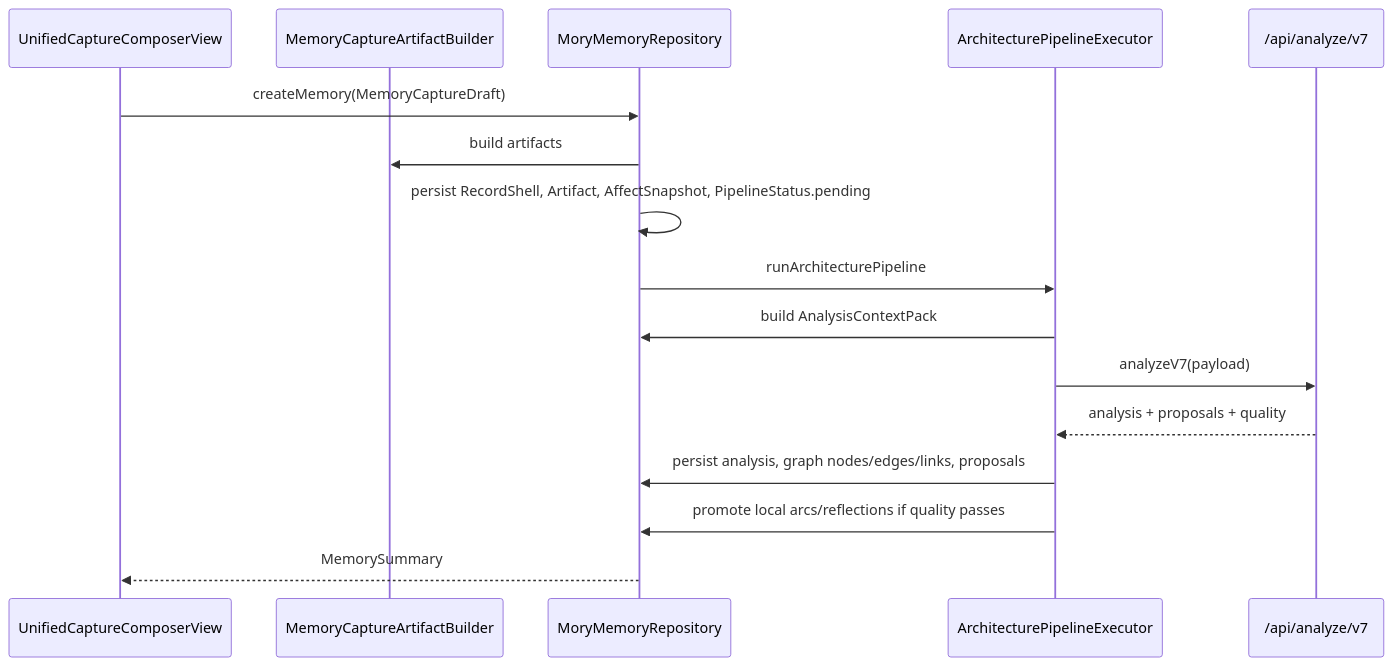
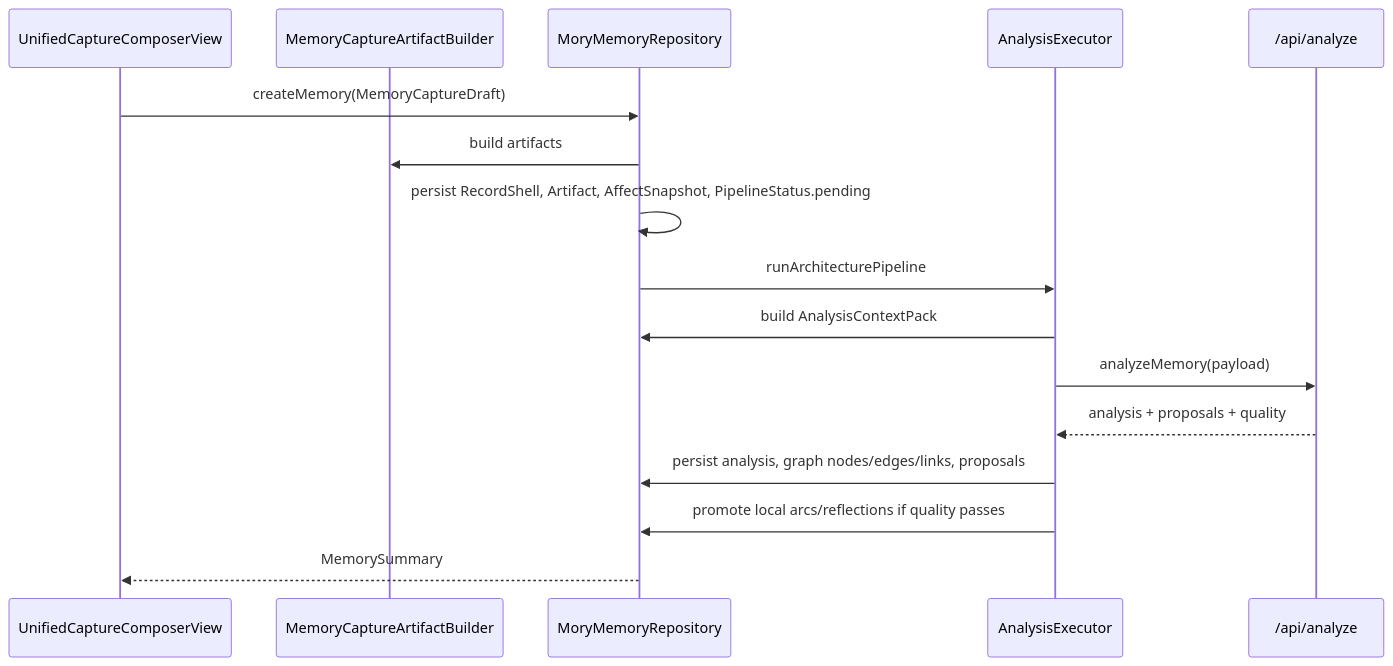
One commit to daaihang/sprout changed the third of 8 diagrams in docs/mory_architecture_handbook_2026_05/01_system_overview_and_runtime_flows.md. Above: the diagram before and after it, drawn with Mermaid. The commit also changed other lines of this file and 61 other files, not shown here.

````diff
--- a/docs/mory_architecture_handbook_2026_05/01_system_overview_and_runtime_flows.md
+++ b/docs/mory_architecture_handbook_2026_05/01_system_overview_and_runtime_flows.md
@@ -74,19 +74,19 @@
 ```mermaid
 sequenceDiagram
     participant UI as UnifiedCaptureComposerView
     participant Builder as MemoryCaptureArtifactBuilder
     participant Repo as MoryMemoryRepository
-    participant Pipe as ArchitecturePipelineExecutor
-    participant Server as /api/analyze/v7
+    participant Pipe as AnalysisExecutor
+    participant Server as /api/analyze
 
     UI->>Repo: createMemory(MemoryCaptureDraft)
     Repo->>Builder: build artifacts
     Repo->>Repo: persist RecordShell, Artifact, AffectSnapshot, PipelineStatus.pending
     Repo->>Pipe: runArchitecturePipeline
     Pipe->>Repo: build AnalysisContextPack
-    Pipe->>Server: analyzeV7(payload)
+    Pipe->>Server: analyzeMemory(payload)
     Server-->>Pipe: analysis + proposals + quality
     Pipe->>Repo: persist analysis, graph nodes/edges/links, proposals
     Pipe->>Repo: promote local arcs/reflections if quality passes
     Repo-->>UI: MemorySummary
 ```
````
